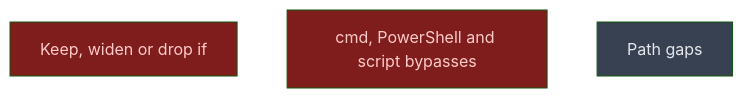
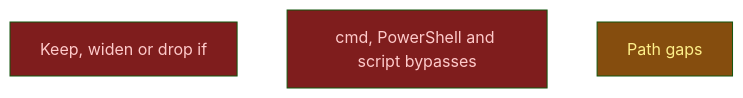
Before and after one commit to CrackingShells/Murmuration: the diagram in __roadmap__/windows_install/next/README.md, drawn with Mermaid (forest theme). The commit also changed other lines of this file and 8 other files, not shown here.

````diff
--- a/__roadmap__/windows_install/next/README.md
+++ b/__roadmap__/windows_install/next/README.md
@@ -16,11 +16,11 @@
 ```mermaid
 graph TD
     if_decision[Keep, widen or drop if]:::blocked
     shell_gaps[cmd, PowerShell and script bypasses]:::blocked
-    next[Path gaps]:::planned
+    next[Path gaps]:::inprogress
     classDef done       fill:#166534,color:#bbf7d0
     classDef inprogress fill:#854d0e,color:#fef08a
     classDef planned    fill:#374151,color:#e5e7eb
     classDef amendment  fill:#1e3a5f,color:#bfdbfe
     classDef blocked    fill:#7f1d1d,color:#fecaca
 ```
````
